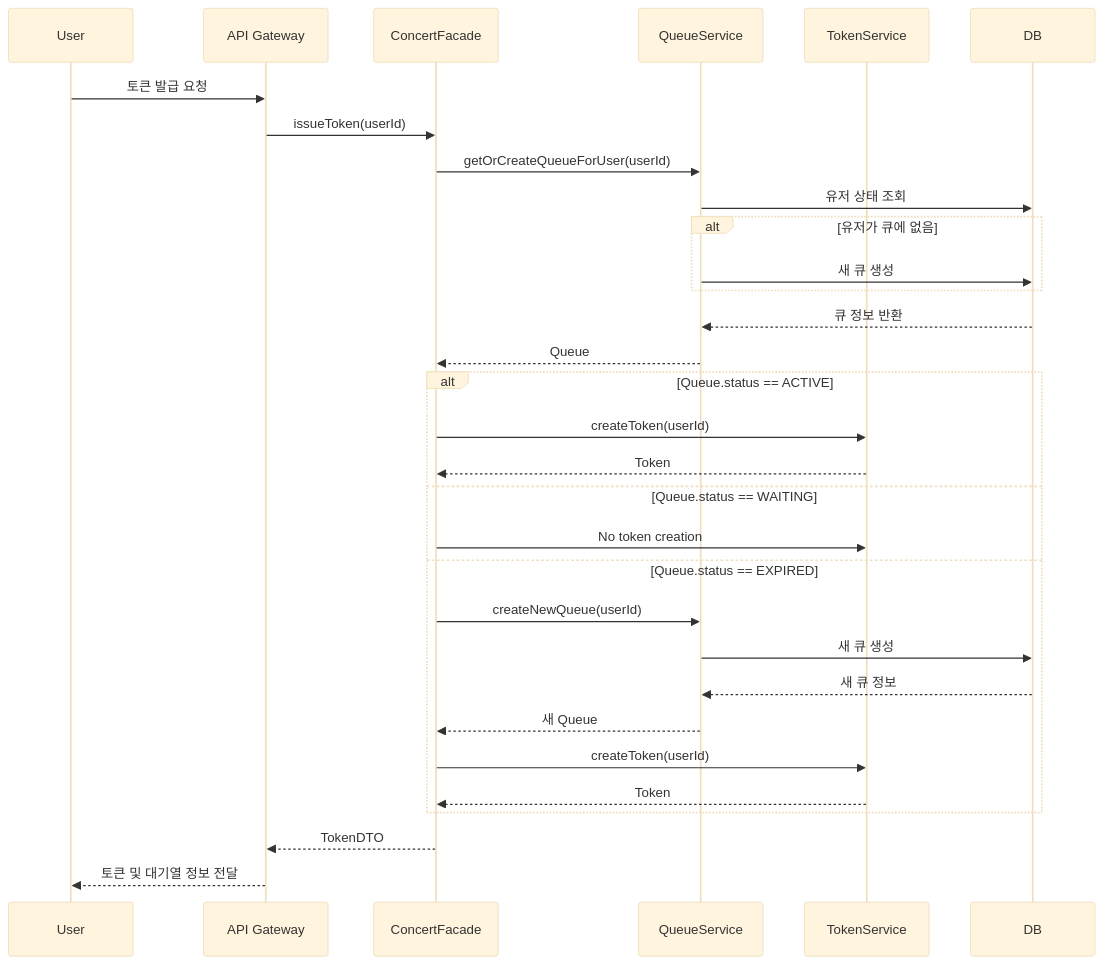
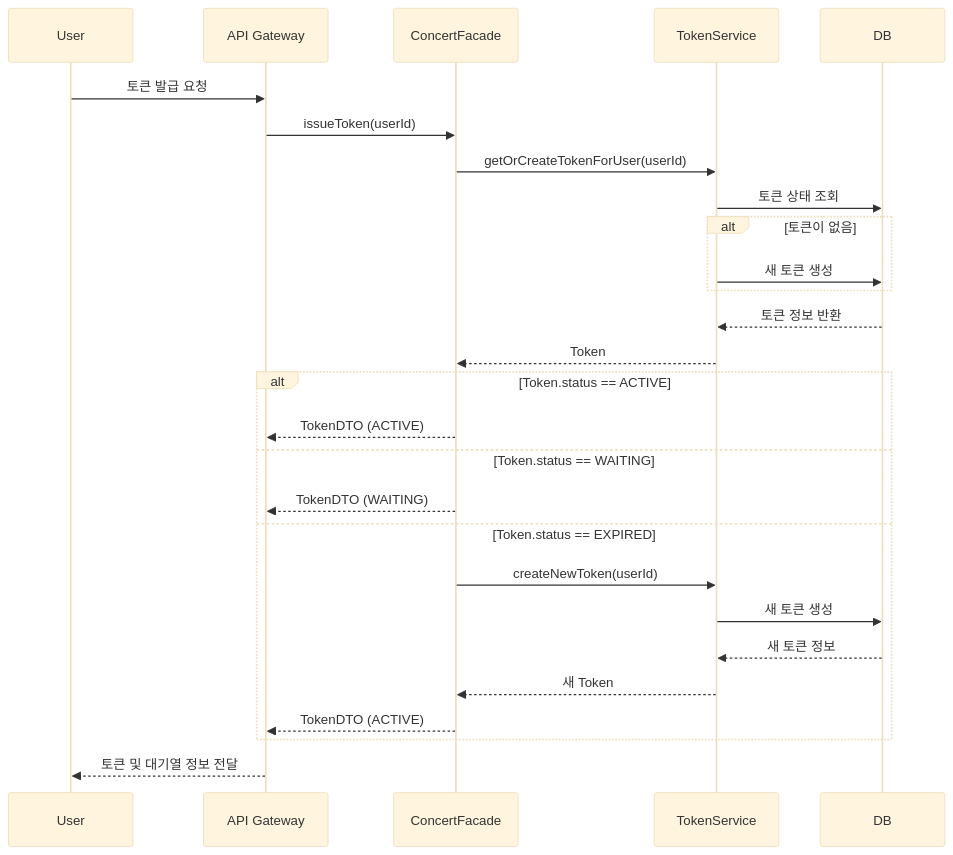
The second of 10 diagrams in README.md (ghwoo93/hhplus-concert-3week), drawn with Mermaid (base theme) before and after one commit. The commit also changed other lines of this file, not shown here.

````diff
--- a/README.md
+++ b/README.md
@@ -368,34 +334,30 @@
 ```mermaid
 sequenceDiagram
     participant User
     participant API Gateway
     participant ConcertFacade
-    participant QueueService
     participant TokenService
     participant DB
 
     User->>API Gateway: 토큰 발급 요청
     API Gateway->>ConcertFacade: issueToken(userId)
-    ConcertFacade->>QueueService: getOrCreateQueueForUser(userId)
-    QueueService->>DB: 유저 상태 조회
-    alt 유저가 큐에 없음
-        QueueService->>DB: 새 큐 생성
+    ConcertFacade->>TokenService: getOrCreateTokenForUser(userId)
+    TokenService->>DB: 토큰 상태 조회
+    alt 토큰이 없음
+        TokenService->>DB: 새 토큰 생성
     end
-    DB-->>QueueService: 큐 정보 반환
-    QueueService-->>ConcertFacade: Queue
-    alt Queue.status == ACTIVE
-        ConcertFacade->>TokenService: createToken(userId)
-        TokenService-->>ConcertFacade: Token
-    else Queue.status == WAITING
-        ConcertFacade->>TokenService: No token creation
-    else Queue.status == EXPIRED
-        ConcertFacade->>QueueService: createNewQueue(userId)
-        QueueService->>DB: 새 큐 생성
-        DB-->>QueueService: 새 큐 정보
-        QueueService-->>ConcertFacade: 새 Queue
-        ConcertFacade->>TokenService: createToken(userId)
-        TokenService-->>ConcertFacade: Token
+    DB-->>TokenService: 토큰 정보 반환
+    TokenService-->>ConcertFacade: Token
+    alt Token.status == ACTIVE
+        ConcertFacade-->>API Gateway: TokenDTO (ACTIVE)
+    else Token.status == WAITING
+        ConcertFacade-->>API Gateway: TokenDTO (WAITING)
+    else Token.status == EXPIRED
+        ConcertFacade->>TokenService: createNewToken(userId)
+        TokenService->>DB: 새 토큰 생성
+        DB-->>TokenService: 새 토큰 정보
+        TokenService-->>ConcertFacade: 새 Token
+        ConcertFacade-->>API Gateway: TokenDTO (ACTIVE)
     end
-    ConcertFacade-->>API Gateway: TokenDTO
     API Gateway-->>User: 토큰 및 대기열 정보 전달
 ```
````
